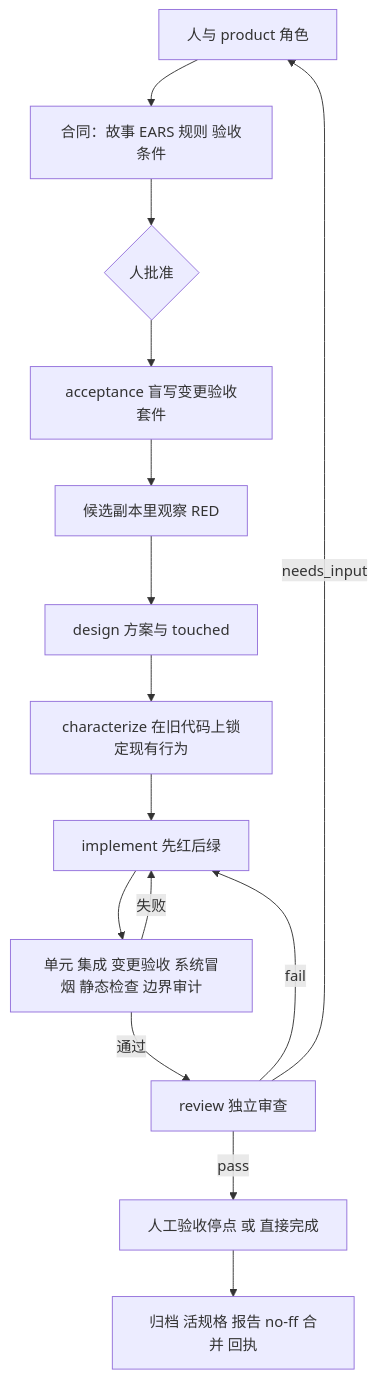
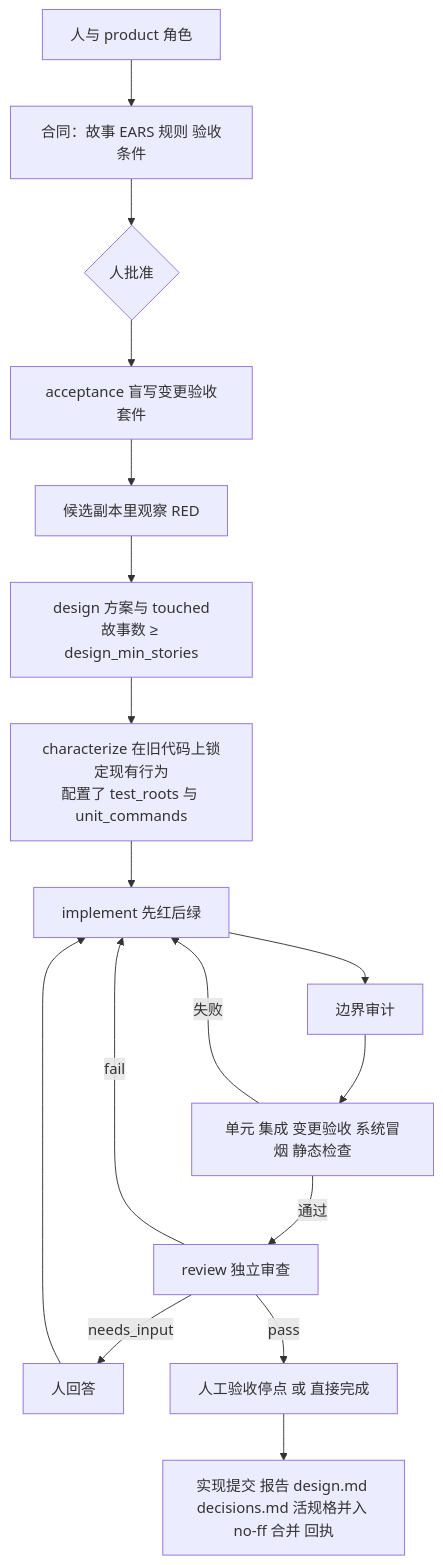
One commit to jinlin725168-ai/storyloop changed the diagram in docs/architecture.md. Above: the diagram before and after it, drawn with Mermaid. The commit also changed other lines of this file and 22 other files, not shown here.

````diff
--- a/docs/architecture.md
+++ b/docs/architecture.md
@@ -5,17 +11,19 @@
 ```mermaid
 flowchart TD
     U[人与 product 角色] --> C[合同：故事 EARS 规则 验收条件]
     C --> H{人批准}
     H --> A[acceptance 盲写变更验收套件]
     A --> R[候选副本里观察 RED]
-    R --> D[design 方案与 touched]
-    D --> K[characterize 在旧代码上锁定现有行为]
+    R --> D[design 方案与 touched<br/>故事数 ≥ design_min_stories]
+    D --> K[characterize 在旧代码上锁定现有行为<br/>配置了 test_roots 与 unit_commands]
     K --> I[implement 先红后绿]
-    I --> V[单元 集成 变更验收 系统冒烟 静态检查 边界审计]
+    I --> B[边界审计]
+    B --> V[单元 集成 变更验收 系统冒烟 静态检查]
     V -->|失败| I
     V -->|通过| W[review 独立审查]
     W -->|fail| I
-    W -->|needs_input| U
+    W -->|needs_input| Q[人回答]
+    Q --> I
     W -->|pass| M[人工验收停点 或 直接完成]
-    M --> F[归档 活规格 报告 no-ff 合并 回执]
+    M --> F[实现提交 报告 design.md decisions.md 活规格并入 no-ff 合并 回执]
 ```
````
